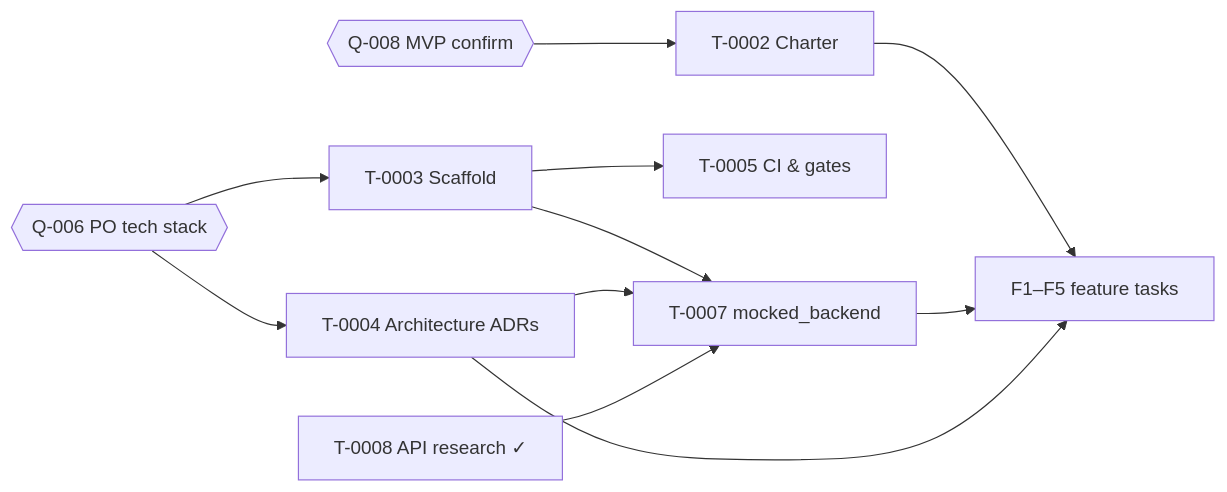
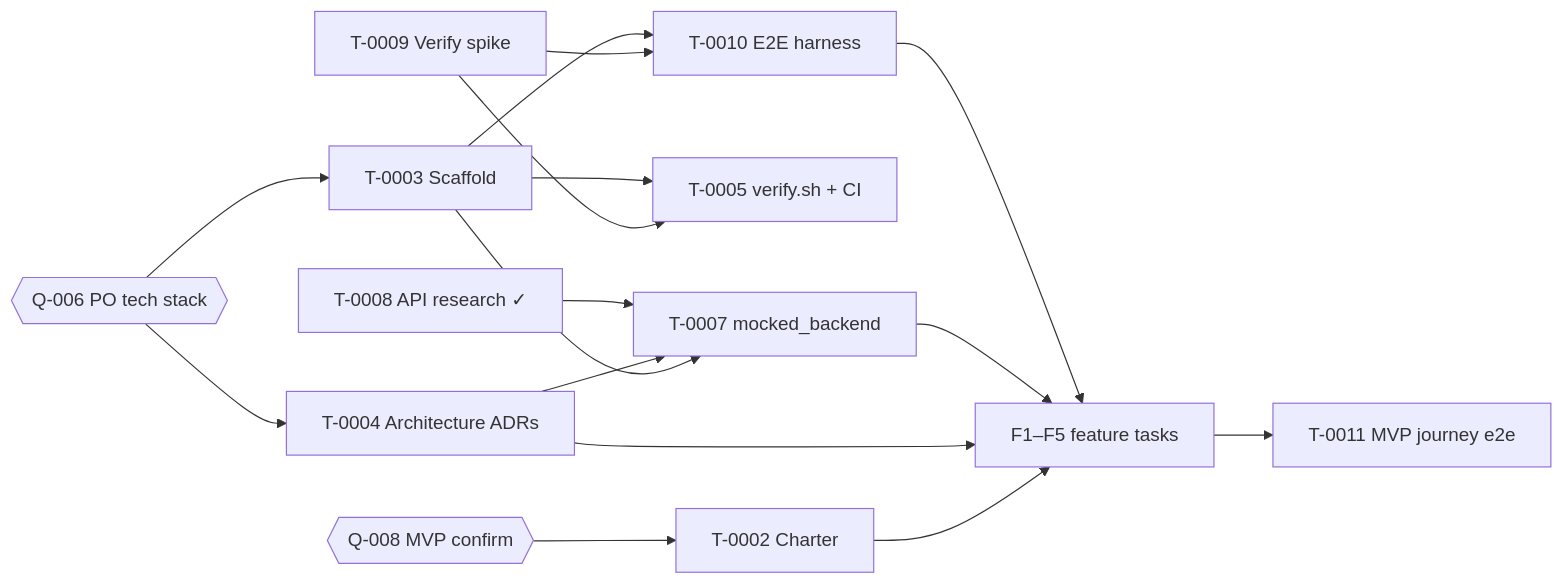
One commit to emiliev/mini-client-application changed the diagram in documents/tasks/BOARD.md. Above: the diagram before and after it, drawn with Mermaid. The commit also changed other lines of this file and 19 other files, not shown here.

````diff
--- a/documents/tasks/BOARD.md
+++ b/documents/tasks/BOARD.md
@@ -26,13 +30,18 @@
 ```mermaid
 flowchart LR
     Q6{{Q-006 PO tech stack}} --> T3[T-0003 Scaffold]
     Q6 --> T4[T-0004 Architecture ADRs]
     Q8{{Q-008 MVP confirm}} --> T2[T-0002 Charter]
-    T2 --> FEAT[F1–F5 feature tasks]
-    T3 --> T5[T-0005 CI & gates]
+    T9[T-0009 Verify spike] --> T5[T-0005 verify.sh + CI]
+    T9 --> T10[T-0010 E2E harness]
+    T3 --> T5
+    T3 --> T10
     T3 --> T7[T-0007 mocked_backend]
     T4 --> T7
     T8[T-0008 API research ✓] --> T7
+    T2 --> FEAT[F1–F5 feature tasks]
+    T4 --> FEAT
     T7 --> FEAT
-    T4 --> FEAT
+    T10 --> FEAT
+    FEAT --> T11[T-0011 MVP journey e2e]
 ```
````
